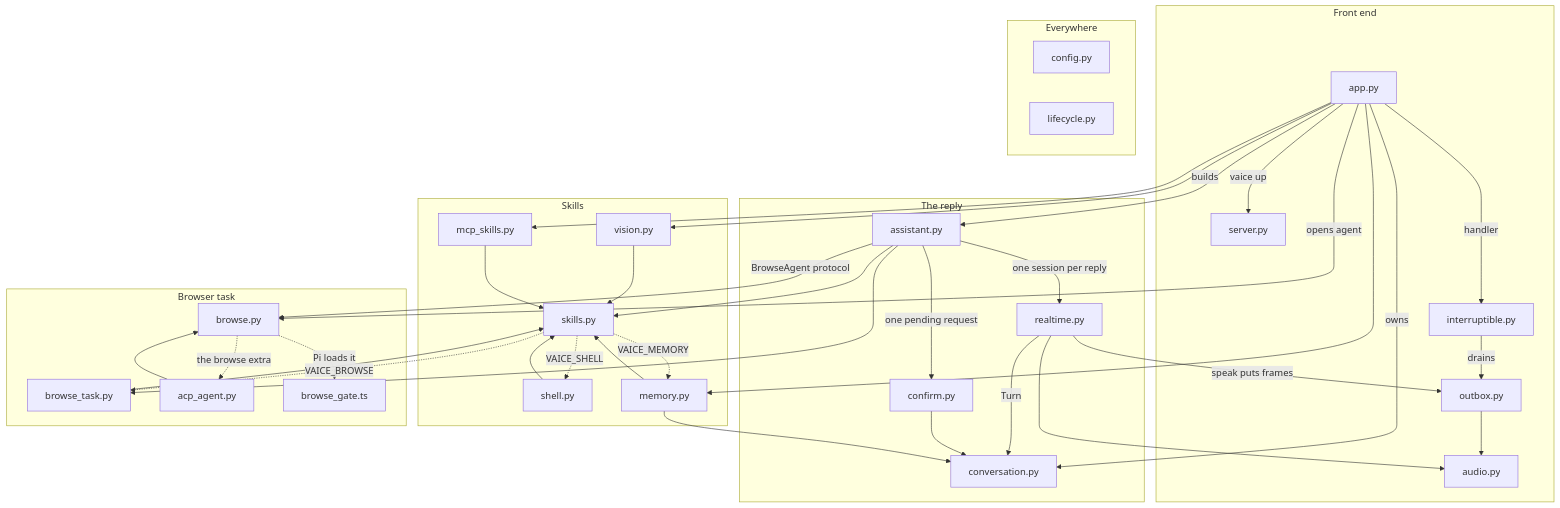
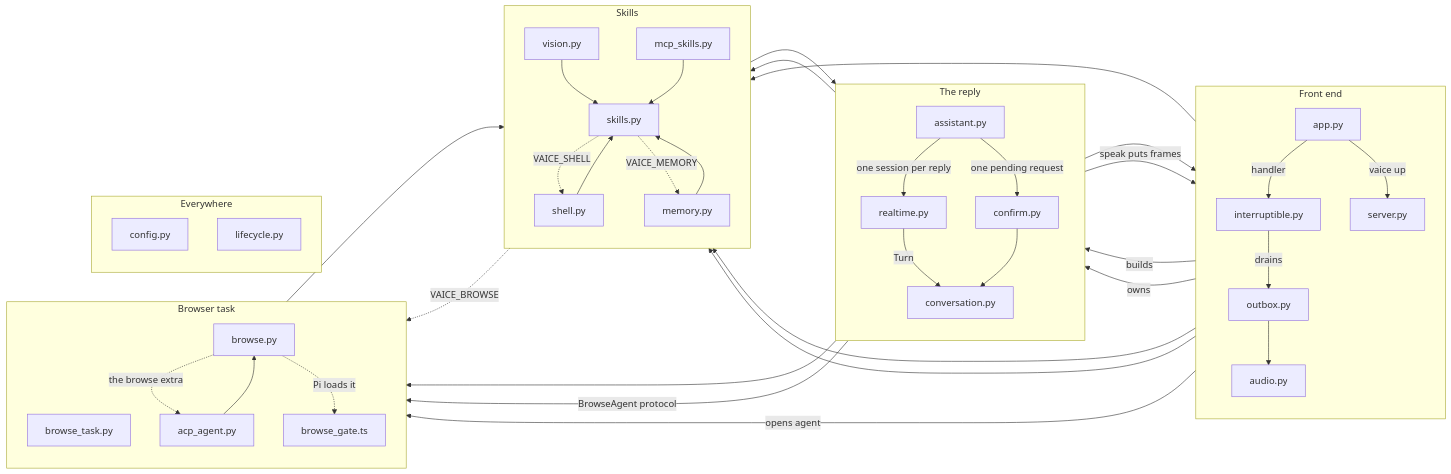
One commit to ranacseruet/vaice changed the second of 11 diagrams in docs/architecture.md. Above: the diagram before and after it, drawn with Mermaid.

Commit message:
Lay the module map out left to right and the threads view top to bottom
Rendered at GitHub's width, the threads view was 3,145 px wide and the module map scattered
its layers; each layer now stacks vertically and the threads read top down.

````diff
--- a/docs/architecture.md
+++ b/docs/architecture.md
@@ -50,65 +50,70 @@
 ```mermaid
-flowchart TB
+flowchart LR
   %% view: modules
   subgraph front["Front end"]
+    direction TB
     app["app.py"]
     interruptible["interruptible.py"]
     outbox["outbox.py"]
     audio["audio.py"]
     server["server.py"]
   end
   subgraph core["The reply"]
+    direction TB
     assistant["assistant.py"]
     realtime["realtime.py"]
     conversation["conversation.py"]
     confirm["confirm.py"]
   end
   subgraph skillset["Skills"]
+    direction TB
     skills["skills.py"]
     shell["shell.py"]
     memory["memory.py"]
     vision["vision.py"]
     mcp_skills["mcp_skills.py"]
   end
   subgraph browsing["Browser task"]
+    direction TB
     browse_task["browse_task.py"]
     browse["browse.py"]
     acp_agent["acp_agent.py"]
     gate["browse_gate.ts"]
   end
   subgraph base["Everywhere"]
+    direction TB
     config["config.py"]
     lifecycle["lifecycle.py"]
   end
   app -->|"builds"| assistant
   app -->|"handler"| interruptible
   app -->|"owns"| conversation
   app -->|"vaice up"| server
   app -->|"opens agent"| browse
   app --> mcp_skills
   app --> vision
   app --> memory
   interruptible -->|"drains"| outbox
   outbox --> audio
   assistant -->|"one session per reply"| realtime
   assistant -->|"one pending request"| confirm
   assistant --> skills
   assistant --> browse_task
   assistant -->|"BrowseAgent protocol"| browse
   realtime --> audio
   realtime -->|"Turn"| conversation
   realtime -->|"speak puts frames"| outbox
   confirm --> conversation
   shell --> skills
   memory --> skills
   memory --> conversation
   vision --> skills
   mcp_skills --> skills
   browse_task --> skills
   skills -.->|"VAICE_SHELL"| shell
   skills -.->|"VAICE_MEMORY"| memory
   skills -.->|"VAICE_BROWSE"| browse_task
   browse -.->|"the browse extra"| acp_agent
   acp_agent --> browse
   browse -.->|"Pi loads it"| gate
 ```
````
